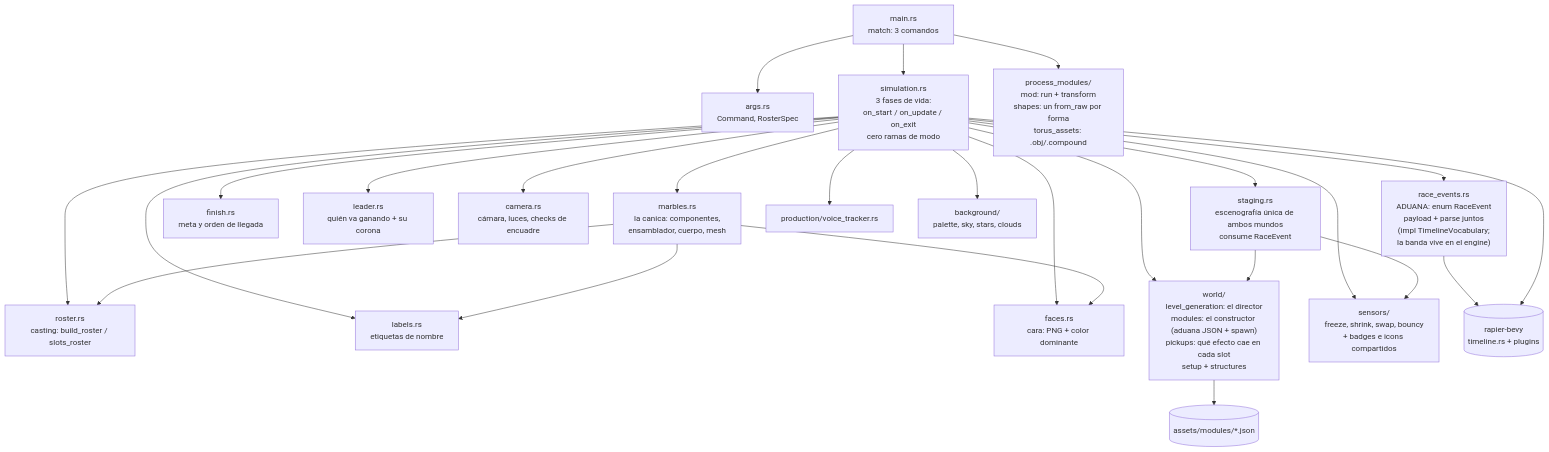
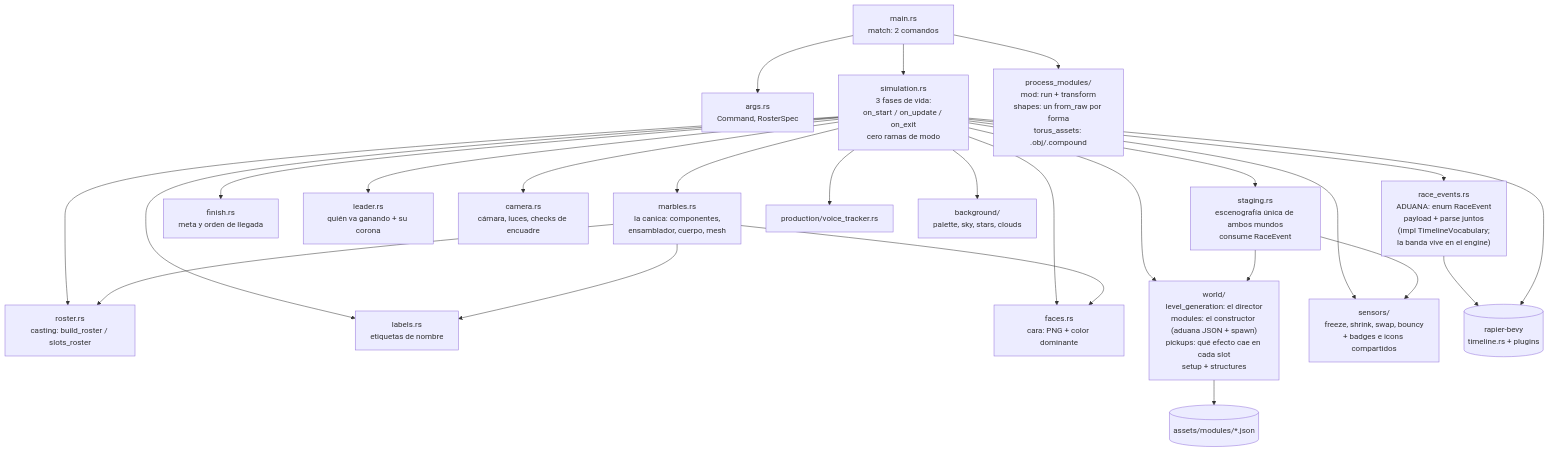
Before and after one commit to jesusgomeznuz/canicasbrawl-rapier: the fifth of 5 diagrams in docs/flow.md, drawn with Mermaid. The commit also changed other lines of this file and 12 other files, not shown here.

````diff
--- a/docs/flow.md
+++ b/docs/flow.md
@@ -88,30 +88,30 @@
 ```mermaid
 flowchart TD
-    main["main.rs<br/>match: 3 comandos"] --> args["args.rs<br/>Command, RosterSpec"]
+    main["main.rs<br/>match: 2 comandos"] --> args["args.rs<br/>Command, RosterSpec"]
     main --> sim["simulation.rs<br/>3 fases de vida:<br/>on_start / on_update / on_exit<br/>cero ramas de modo"]
     main --> pm["process_modules/<br/>mod: run + transform<br/>shapes: un from_raw por forma<br/>torus_assets: .obj/.compound"]
 
     sim --> race["race_events.rs<br/>ADUANA: enum RaceEvent<br/>payload + parse juntos<br/>(impl TimelineVocabulary;<br/>la banda vive en el engine)"]
     sim --> staging["staging.rs<br/>escenografía única de ambos mundos<br/>consume RaceEvent"]
     sim --> roster["roster.rs<br/>casting: build_roster / slots_roster"]
     sim --> finish["finish.rs<br/>meta y orden de llegada"]
     sim --> leader["leader.rs<br/>quién va ganando + su corona"]
     sim --> camera["camera.rs<br/>cámara, luces, checks de encuadre"]
     sim --> marbles["marbles.rs<br/>la canica: componentes,<br/>ensamblador, cuerpo, mesh"]
     sim --> labels["labels.rs<br/>etiquetas de nombre"]
     sim --> faces["faces.rs<br/>cara: PNG + color dominante"]
     sim --> tracker["production/voice_tracker.rs"]
 
     sim --> worlddir["world/<br/>level_generation: el director<br/>modules: el constructor (aduana JSON + spawn)<br/>pickups: qué efecto cae en cada slot<br/>setup + structures"]
     sim --> sensorsdir["sensors/<br/>freeze, shrink, swap, bouncy<br/>+ badges e icons compartidos"]
     sim --> bgdir["background/<br/>palette, sky, stars, clouds"]
 
     staging --> worlddir
     staging --> sensorsdir
     worlddir --> ModulesJSON[("assets/modules/*.json")]
     marbles --> labels
     marbles --> faces
     marbles --> roster
     race --> engine[("rapier-bevy<br/>timeline.rs + plugins")]
     sim --> engine
 ```
````
